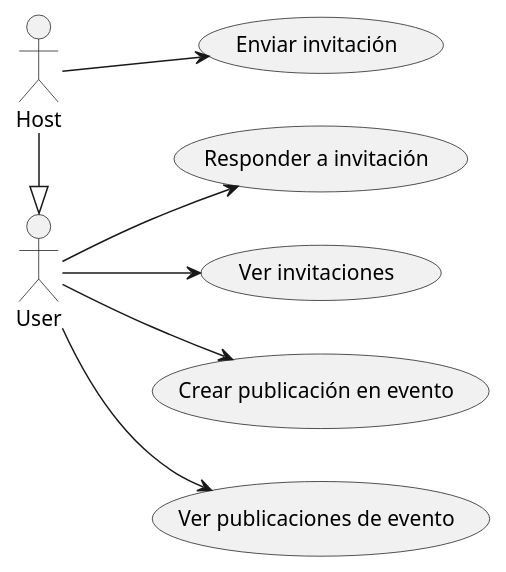
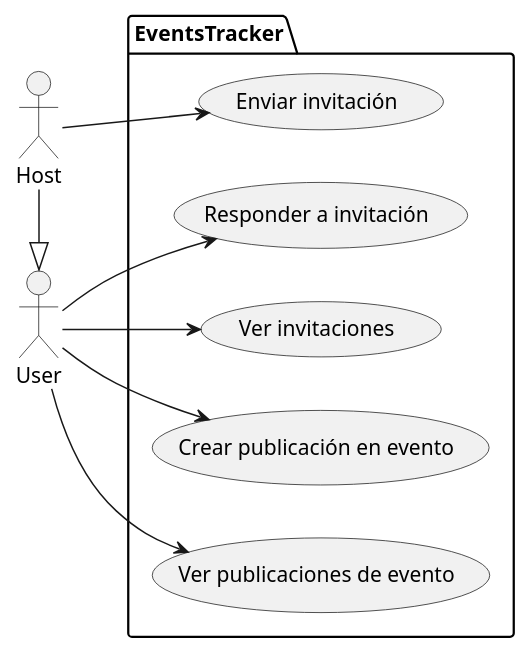
One commit to EZE404/EventsTracker changed the diagram in modeling/invitations_posts_management_use_cases.plantuml. Above: the diagram before and after it, drawn with PlantUML. The commit also changed 7 other files, not shown here.

Commit message:
use cases diagrams updated

```diff
--- a/modeling/invitations_posts_management_use_cases.plantuml
+++ b/modeling/invitations_posts_management_use_cases.plantuml
@@ -1,17 +1,22 @@
 @startuml invitations and posts management
 left to right direction
+
 actor User
 actor Host
 Host -|> User
-usecase "Enviar invitación" as UC_SendInvitation
-usecase "Responder a invitación" as UC_RespondInvitation
-usecase "Ver invitaciones" as UC_ViewInvitations
-usecase "Crear publicación en evento" as UC_CreateEventPost
-usecase "Ver publicaciones de evento" as UC_ViewEventPosts
+
+package "EventsTracker" {
+    usecase "Enviar invitación" as UC_SendInvitation
+    usecase "Responder a invitación" as UC_RespondInvitation
+    usecase "Ver invitaciones" as UC_ViewInvitations
+    usecase "Crear publicación en evento" as UC_CreateEventPost
+    usecase "Ver publicaciones de evento" as UC_ViewEventPosts
+}
 
 Host --> UC_SendInvitation
 User --> UC_RespondInvitation
 User --> UC_ViewInvitations
 User --> UC_CreateEventPost
 User --> UC_ViewEventPosts
+
 @enduml
```
